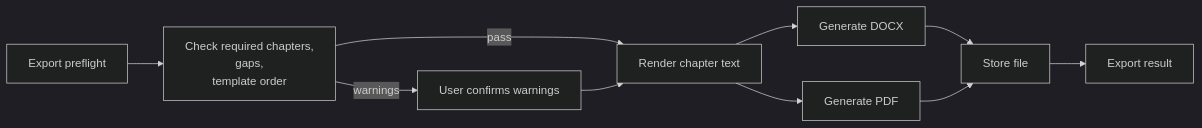
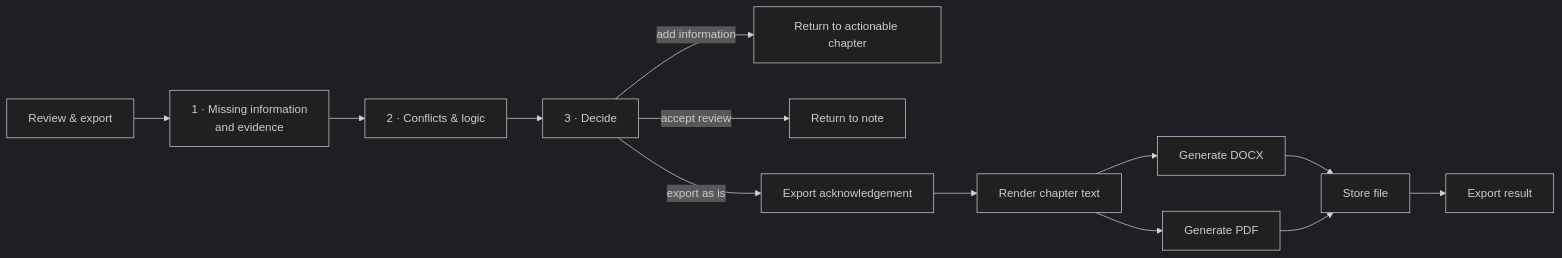
One commit to Open-Earth-Foundation/CityCatalyst changed diagram 14 of 14 in docs/ConceptNoteBuilderArchitecture.md. Above: the diagram before and after it, drawn with Mermaid (dark theme). The commit also changed other lines of this file and 45 other files, not shown here.

Commit message:
feat(cnb): add final chapter validation and export review

````diff
--- a/docs/ConceptNoteBuilderArchitecture.md
+++ b/docs/ConceptNoteBuilderArchitecture.md
@@ -2243,12 +2330,15 @@
 ```mermaid
 flowchart LR
-    Preflight["Export preflight"] --> Check["Check required chapters,<br/>gaps,<br/>template order"]
-    Check -->|pass| Render["Render chapter text"]
-    Check -->|warnings| Confirm["User confirms warnings"]
-    Confirm --> Render
+    Trigger["Review & export"] --> Complete["1 · Missing information<br/>and evidence"]
+    Complete --> Consistency["2 · Conflicts & logic"]
+    Consistency --> Decide["3 · Decide"]
+    Decide -->|add information| Revise["Return to actionable chapter"]
+    Decide -->|accept review| Note["Return to note"]
+    Decide -->|export as is| Preflight["Export acknowledgement"]
+    Preflight --> Render["Render chapter text"]
     Render --> Docx["Generate DOCX"]
     Render --> Pdf["Generate PDF"]
     Docx --> Store["Store file"]
     Pdf --> Store
     Store --> Result["Export result"]
 ```
````
